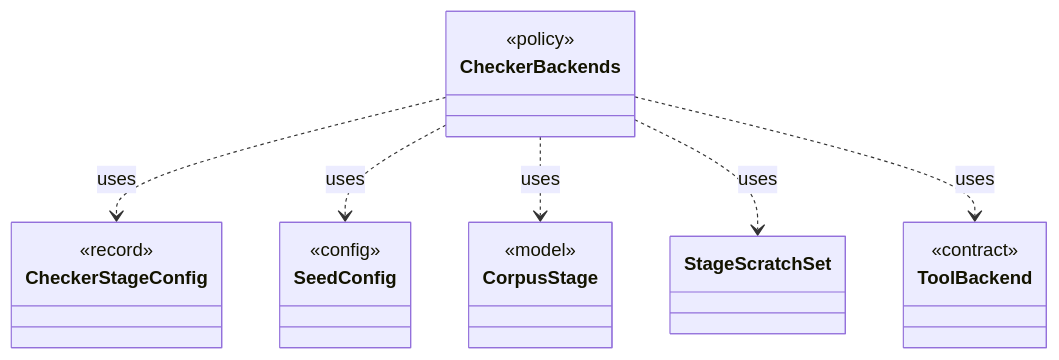
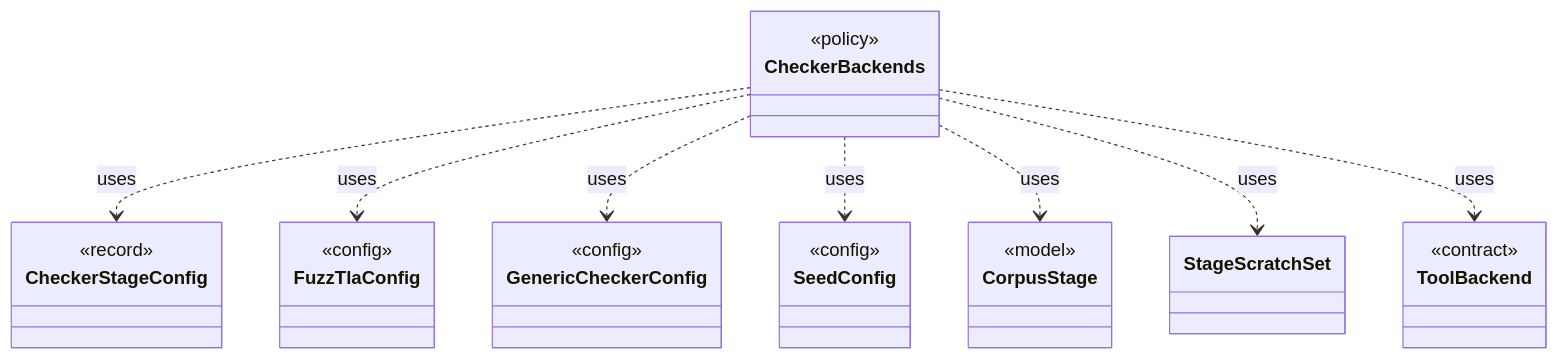
The diagram in dev/types/io.github.tlaplus.hardening.workflow.CheckerBackends.md (tlaplus/model-checker-hardening), drawn with Mermaid before and after one commit. The commit also changed other lines of this file and 422 other files, not shown here.

````diff
--- a/dev/types/io.github.tlaplus.hardening.workflow.CheckerBackends.md
+++ b/dev/types/io.github.tlaplus.hardening.workflow.CheckerBackends.md
@@ -7,24 +7,32 @@
 ```mermaid
 classDiagram
   class CheckerBackends {
     <<policy>>
   }
   class CheckerStageConfig {
     <<record>>
+  }
+  class FuzzTlaConfig {
+    <<config>>
+  }
+  class GenericCheckerConfig {
+    <<config>>
   }
   class SeedConfig {
     <<config>>
   }
   class CorpusStage {
     <<model>>
   }
   class StageScratchSet
   class ToolBackend {
     <<contract>>
   }
   CheckerBackends ..> CheckerStageConfig : uses
+  CheckerBackends ..> FuzzTlaConfig : uses
+  CheckerBackends ..> GenericCheckerConfig : uses
   CheckerBackends ..> SeedConfig : uses
   CheckerBackends ..> CorpusStage : uses
   CheckerBackends ..> StageScratchSet : uses
   CheckerBackends ..> ToolBackend : uses
 ```
````
